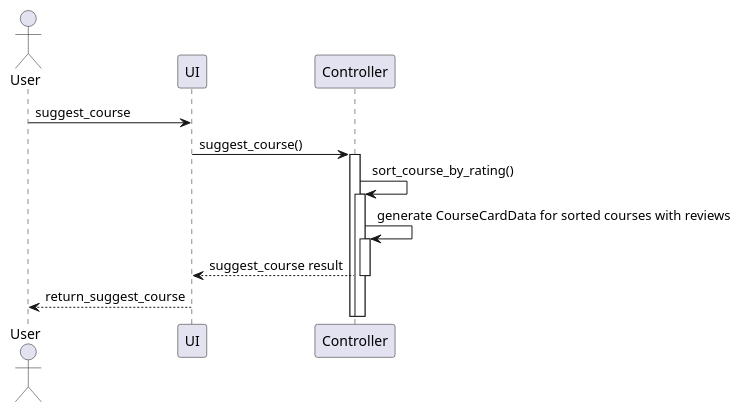
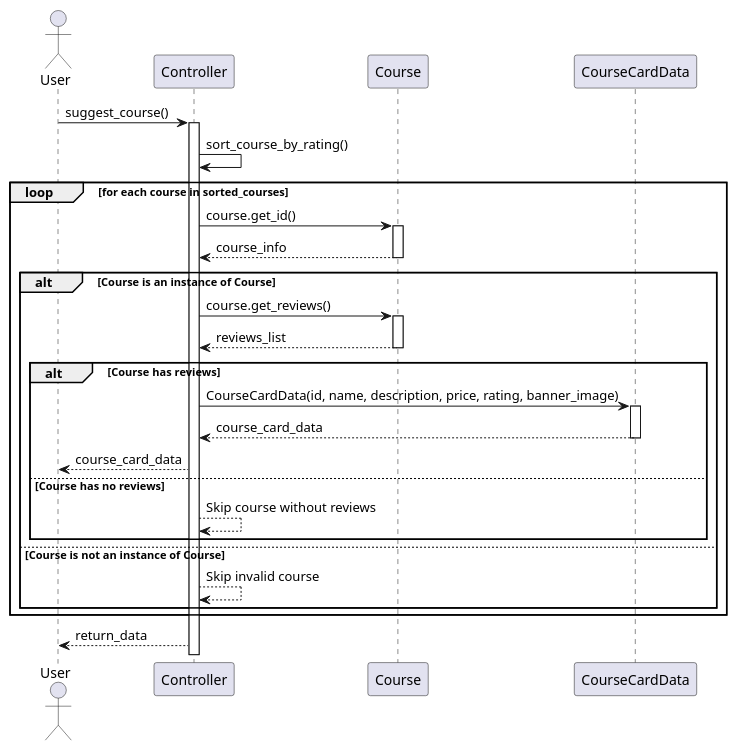
The diagram in diagrams/plantuml/home_page(suggest_course).puml (KMITLSuicide/KMITL-ObjectOrientedProgramming-Project), drawn with PlantUML before and after one commit. The commit also changed 16 other files, not shown here.

```diff
--- a/diagrams/plantuml/home_page(suggest_course).puml
+++ b/diagrams/plantuml/home_page(suggest_course).puml
@@ -1,20 +1,41 @@
-@startuml Home Page
+@startuml
+
 actor User
+participant Controller
+participant Course
 
-participant "UI" as Server
-participant Controller
+User -> Controller: suggest_course()
+activate Controller
 
+Controller -> Controller: sort_course_by_rating()
 
-User -> Server: suggest_course
-Server -> Controller: suggest_course()
-activate Controller
-Controller -> Controller: sort_course_by_rating()
-activate Controller
-Controller -> Controller: generate CourseCardData for sorted courses with reviews
-activate Controller
-Controller --> Server: suggest_course result
-deactivate Controller
+loop for each course in sorted_courses
+    Controller -> Course: course.get_id()
+    activate Course
+    Course --> Controller: course_info
+    deactivate Course
 
-Server --> User: return_suggest_course
+    alt Course is an instance of Course
+        Controller -> Course: course.get_reviews()
+        activate Course
+        Course --> Controller: reviews_list
+        deactivate Course
+
+        alt Course has reviews
+            Controller -> CourseCardData: CourseCardData(id, name, description, price, rating, banner_image)
+            activate CourseCardData
+            CourseCardData --> Controller: course_card_data
+            deactivate CourseCardData
+
+            Controller --> User: course_card_data
+        else Course has no reviews
+            Controller --> Controller: Skip course without reviews
+        end
+    else Course is not an instance of Course
+        Controller --> Controller: Skip invalid course
+    end
+end
+
+Controller --> User: return_data
 
 @enduml
```
